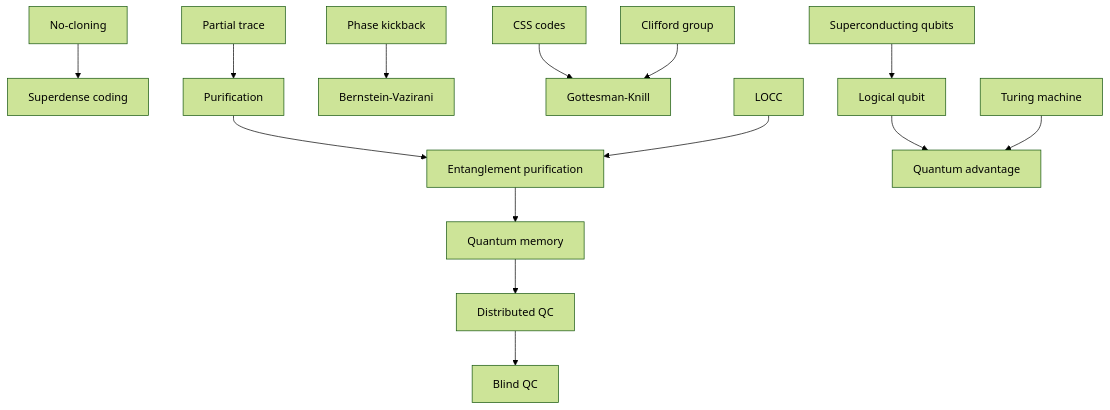
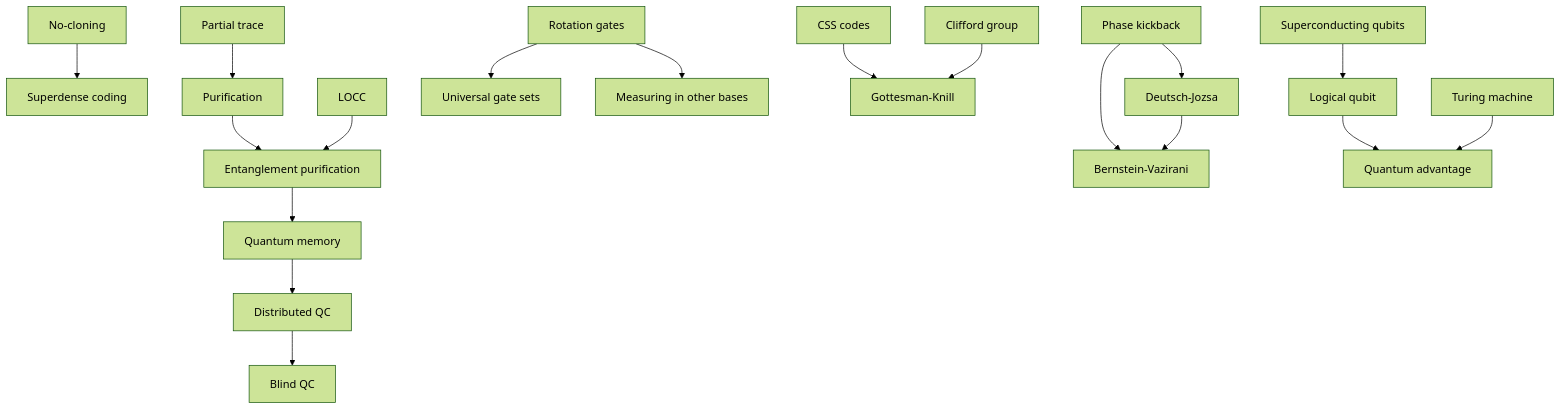
One commit to ArhamAkhtarAlam/mitxpro-my-notes changed the diagram in Extra (not in course)/Extra.md. Above: the diagram before and after it, drawn with Mermaid (forest theme). The commit also changed other lines of this file and 13 other files, not shown here.

````diff
--- a/Extra (not in course)/Extra.md
+++ b/Extra (not in course)/Extra.md
@@ -20,13 +27,16 @@
 ```mermaid
 flowchart TD
     NC["No-cloning"] --> SD["Superdense coding"]
     PT["Partial trace"] --> PU["Purification"]
     PU --> EP["Entanglement purification"]
     PK["Phase kickback"] --> BV["Bernstein-Vazirani"]
+    PK --> DJ["Deutsch-Jozsa"] --> BV
+    RG["Rotation gates"] --> UG["Universal gate sets"]
+    RG --> MB["Measuring in other bases"]
     CSS["CSS codes"] --> GK
     CL["Clifford group"] --> GK["Gottesman-Knill"]
     EP --> QM["Quantum memory"] --> DQC["Distributed QC"] --> BQC["Blind QC"]
     LO["LOCC"] --> EP
     SC["Superconducting qubits"] --> LQ["Logical qubit"] --> QA["Quantum advantage"]
     TM["Turing machine"] --> QA
 ```
````
